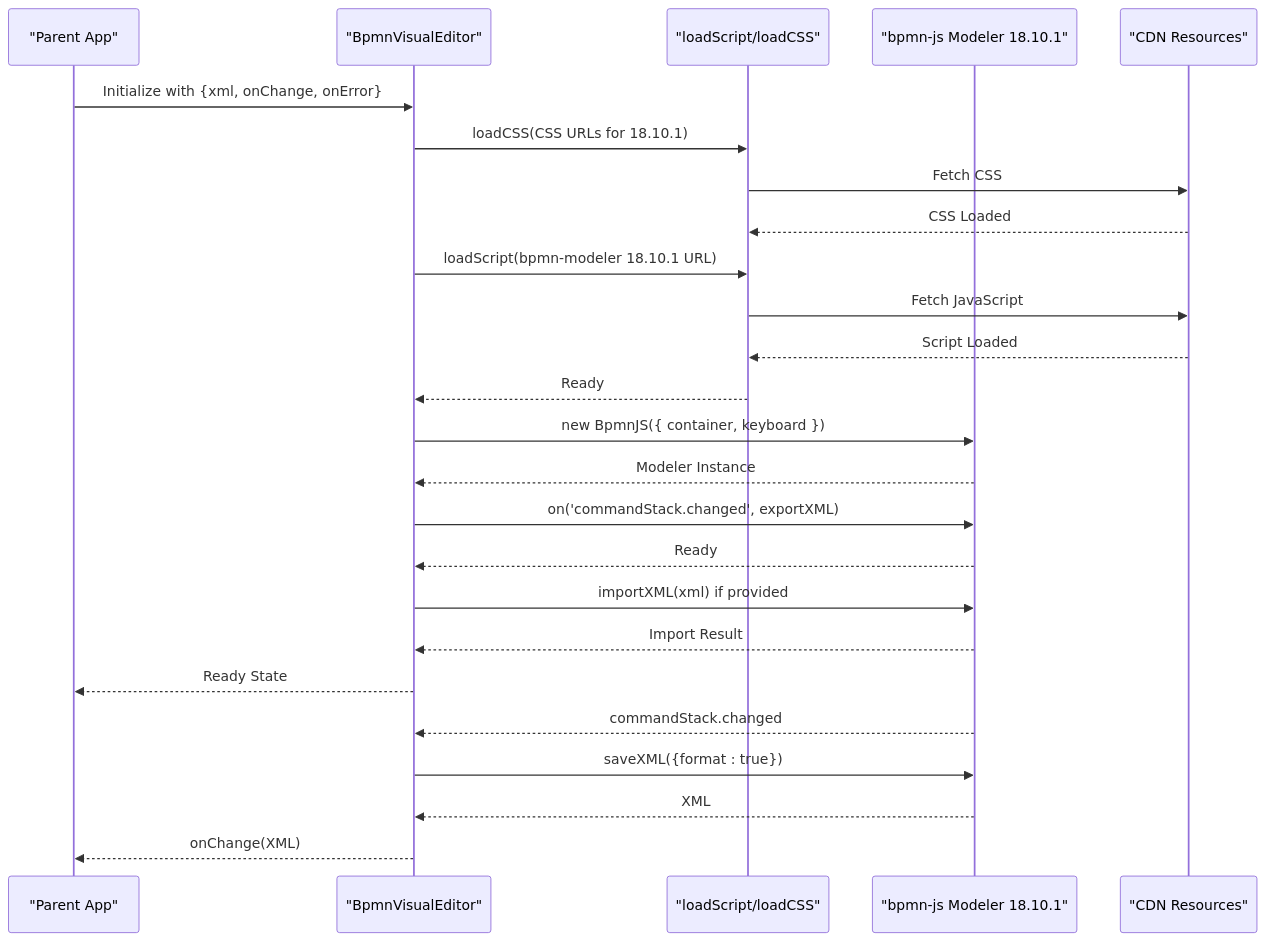
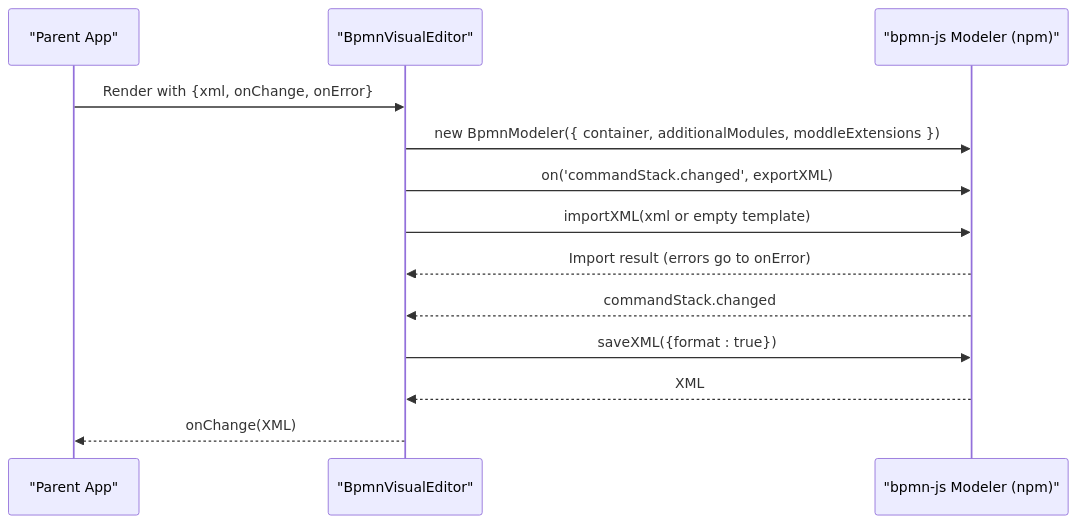
One commit to ongchonghian/universal-diagram-editor changed the second of 5 diagrams in .qoder/repowiki/en/content/Editor Architecture/Visual Editors/BPMN Visual Editor.md. Above: the diagram before and after it, drawn with Mermaid. The commit also changed other lines of this file and 31 other files, not shown here.

````diff
--- a/.qoder/repowiki/en/content/Editor Architecture/Visual Editors/BPMN Visual Editor.md
+++ b/.qoder/repowiki/en/content/Editor Architecture/Visual Editors/BPMN Visual Editor.md
@@ -150,27 +142,15 @@
 ```mermaid
 sequenceDiagram
 participant App as "Parent App"
 participant Editor as "BpmnVisualEditor"
-participant Utils as "loadScript/loadCSS"
-participant Modeler as "bpmn-js Modeler 18.10.1"
-participant CDN as "CDN Resources"
-App->>Editor : Initialize with {xml, onChange, onError}
-Editor->>Utils : loadCSS(CSS URLs for 18.10.1)
-Utils->>CDN : Fetch CSS
-CDN-->>Utils : CSS Loaded
-Editor->>Utils : loadScript(bpmn-modeler 18.10.1 URL)
-Utils->>CDN : Fetch JavaScript
-CDN-->>Utils : Script Loaded
-Utils-->>Editor : Ready
-Editor->>Modeler : new BpmnJS({ container, keyboard })
-Modeler-->>Editor : Modeler Instance
+participant Modeler as "bpmn-js Modeler (npm)"
+App->>Editor : Render with {xml, onChange, onError}
+Editor->>Modeler : new BpmnModeler({ container, additionalModules, moddleExtensions })
 Editor->>Modeler : on('commandStack.changed', exportXML)
-Modeler-->>Editor : Ready
-Editor->>Modeler : importXML(xml) if provided
-Modeler-->>Editor : Import Result
-Editor-->>App : Ready State
+Editor->>Modeler : importXML(xml or empty template)
+Modeler-->>Editor : Import result (errors go to onError)
 Modeler-->>Editor : commandStack.changed
 Editor->>Modeler : saveXML({format : true})
 Modeler-->>Editor : XML
 Editor-->>App : onChange(XML)
 ```
````
